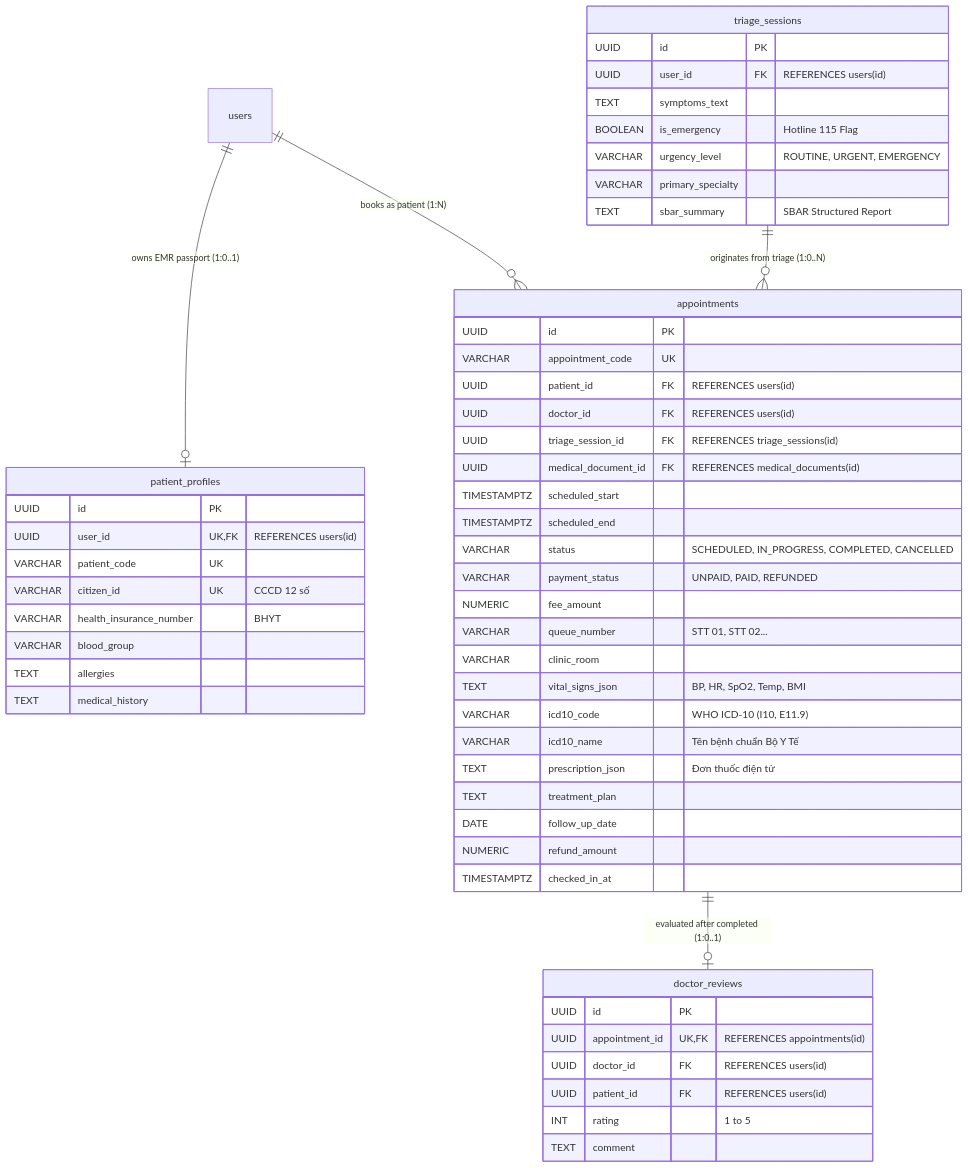
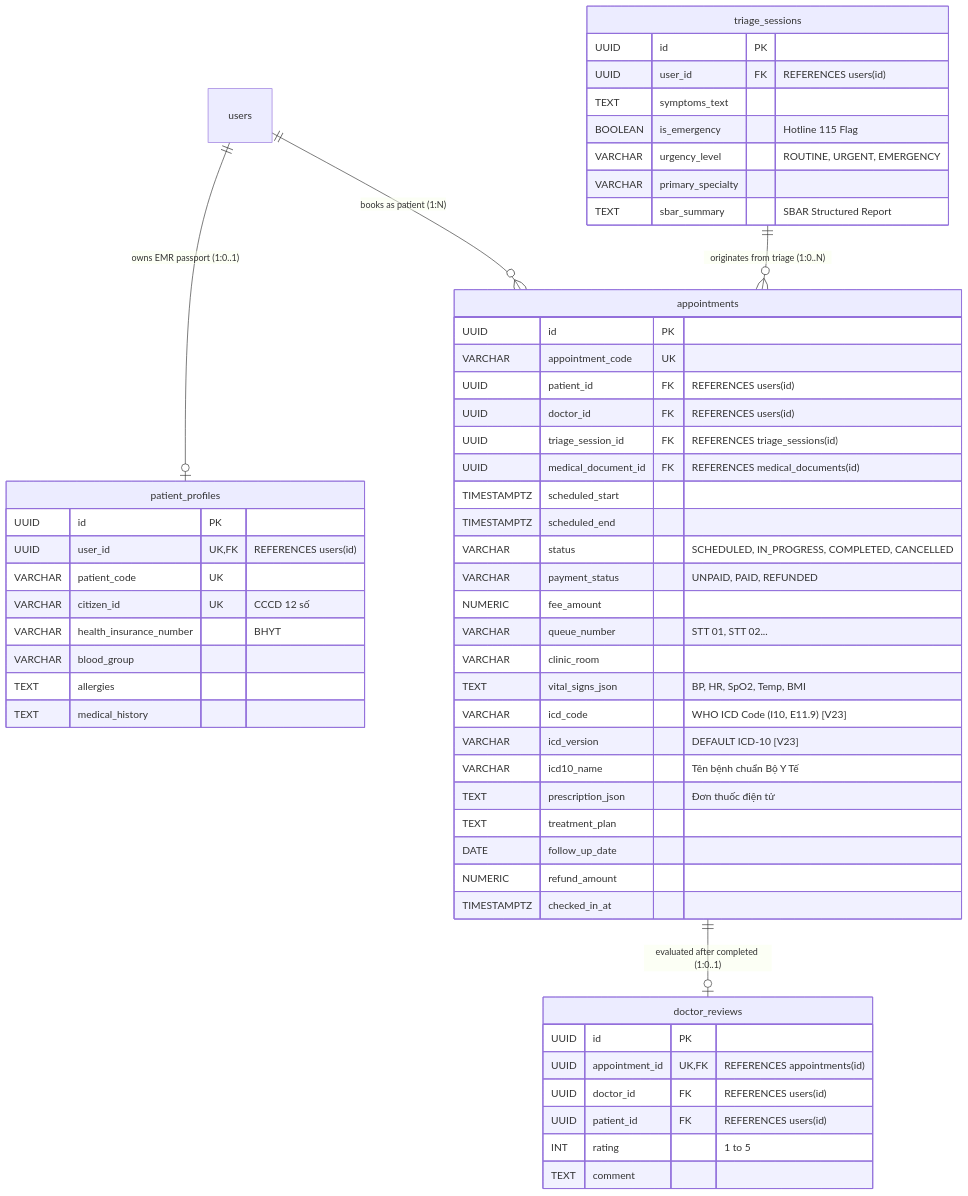
Before and after one commit to vinhhotff/KLTN-medical-assistant: the fourth of 5 diagrams in docs/DATABASE_DESIGN.md, drawn with Mermaid. The commit also changed other lines of this file and 26 other files, not shown here.

First line of the commit message:
feat(docs,db): standardize ICD schema and rebalance Table 1.3 column distribution

````diff
--- a/docs/DATABASE_DESIGN.md
+++ b/docs/DATABASE_DESIGN.md
@@ -171,58 +171,59 @@
 ```mermaid
 erDiagram
     users ||--o| patient_profiles : "owns EMR passport (1:0..1)"
     users ||--o{ appointments : "books as patient (1:N)"
     triage_sessions ||--o{ appointments : "originates from triage (1:0..N)"
     appointments ||--o| doctor_reviews : "evaluated after completed (1:0..1)"
 
     appointments {
         UUID id PK
         VARCHAR appointment_code UK
         UUID patient_id FK "REFERENCES users(id)"
         UUID doctor_id FK "REFERENCES users(id)"
         UUID triage_session_id FK "REFERENCES triage_sessions(id)"
         UUID medical_document_id FK "REFERENCES medical_documents(id)"
         TIMESTAMPTZ scheduled_start
         TIMESTAMPTZ scheduled_end
         VARCHAR status "SCHEDULED, IN_PROGRESS, COMPLETED, CANCELLED"
         VARCHAR payment_status "UNPAID, PAID, REFUNDED"
         NUMERIC fee_amount
         VARCHAR queue_number "STT 01, STT 02..."
         VARCHAR clinic_room
         TEXT vital_signs_json "BP, HR, SpO2, Temp, BMI"
-        VARCHAR icd10_code "WHO ICD-10 (I10, E11.9)"
+        VARCHAR icd_code "WHO ICD Code (I10, E11.9) [V23]"
+        VARCHAR icd_version "DEFAULT ICD-10 [V23]"
         VARCHAR icd10_name "Tên bệnh chuẩn Bộ Y Tế"
         TEXT prescription_json "Đơn thuốc điện tử"
         TEXT treatment_plan
         DATE follow_up_date
         NUMERIC refund_amount
         TIMESTAMPTZ checked_in_at
     }
     patient_profiles {
         UUID id PK
         UUID user_id UK, FK "REFERENCES users(id)"
         VARCHAR patient_code UK
         VARCHAR citizen_id UK "CCCD 12 số"
         VARCHAR health_insurance_number "BHYT"
         VARCHAR blood_group
         TEXT allergies
         TEXT medical_history
     }
     triage_sessions {
         UUID id PK
         UUID user_id FK "REFERENCES users(id)"
         TEXT symptoms_text
         BOOLEAN is_emergency "Hotline 115 Flag"
         VARCHAR urgency_level "ROUTINE, URGENT, EMERGENCY"
         VARCHAR primary_specialty
         TEXT sbar_summary "SBAR Structured Report"
     }
     doctor_reviews {
         UUID id PK
         UUID appointment_id UK, FK "REFERENCES appointments(id)"
         UUID doctor_id FK "REFERENCES users(id)"
         UUID patient_id FK "REFERENCES users(id)"
         INT rating "1 to 5"
         TEXT comment
     }
 ```
````
